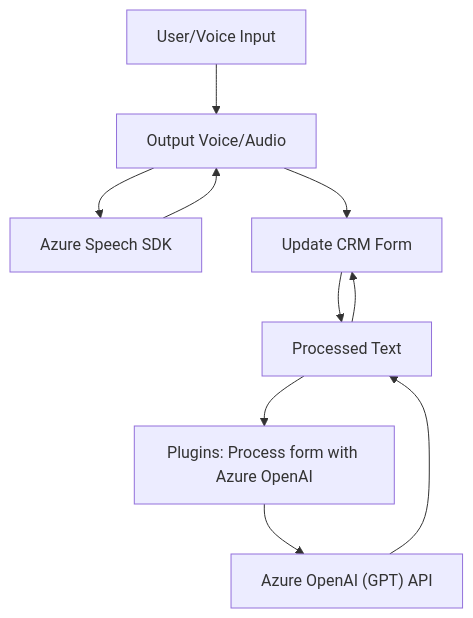
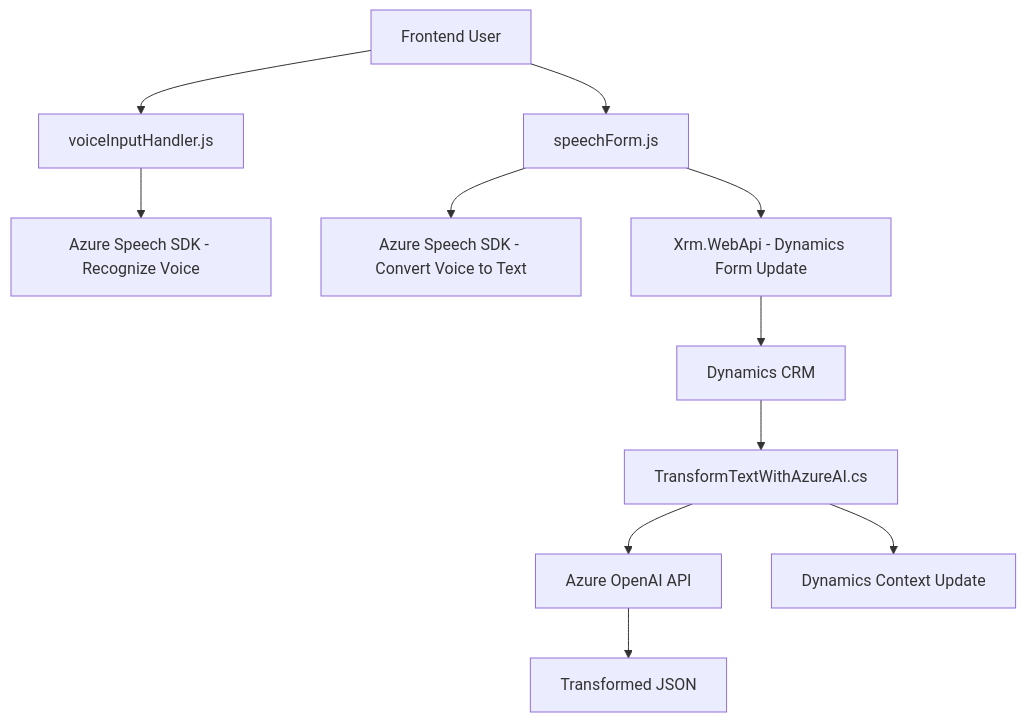
One commit to blopezdm/NETCORE_BILBAO2025 changed the diagram in README.md. Above: the diagram before and after it, drawn with Mermaid. The commit also changed other lines of this file, not shown here.

````diff
--- a/README.md
+++ b/README.md
@@ -47,12 +27,13 @@
 ```mermaid
 graph TD
-    A["User/Voice Input"] --> B["Frontend - JS"]
-    B --> C["Azure Speech SDK"]
-    B --> D["Dynamics CRM Form"]
-    D --> E["Microsoft Dynamics CRM Backend"]
-    E --> F["Plugins: Process form with Azure OpenAI"]
-    F --> G["Azure OpenAI (GPT) API"]
-    G --> E["Processed Text"]
-    E --> D["Update CRM Form"]
-    C --> B["Output Voice/Audio"]
+    A["Frontend User"] --> B["voiceInputHandler.js"]
+    A --> C["speechForm.js"]
+    B --> D["Azure Speech SDK - Recognize Voice"]
+    C --> E["Azure Speech SDK - Convert Voice to Text"]
+    C --> F["Xrm.WebApi - Dynamics Form Update"]
+    F --> G["Dynamics CRM"]
+    G --> H["TransformTextWithAzureAI.cs"]
+    H --> I["Azure OpenAI API"]
+    I --> J["Transformed JSON"]
+    H --> K["Dynamics Context Update"]
 ```
````
